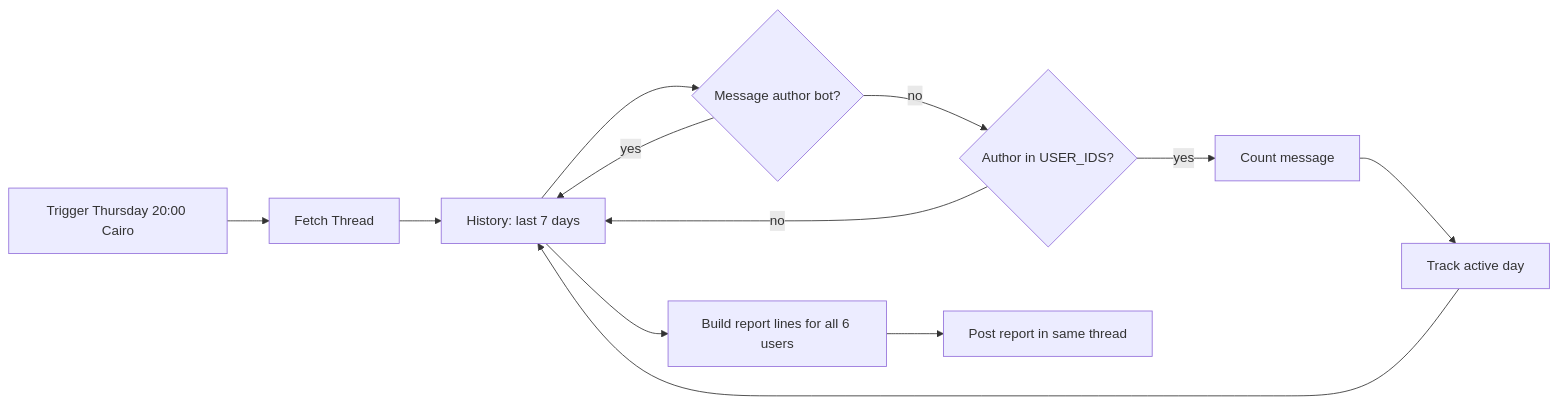
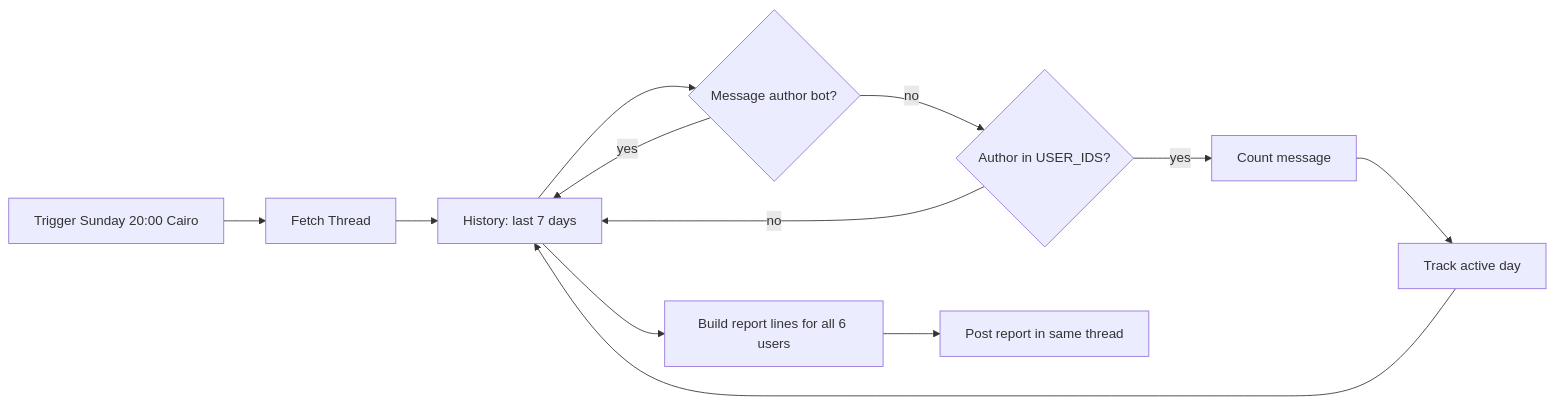
One commit to zeyaad-amr/adt_bot changed the third of 4 diagrams in README.md. Above: the diagram before and after it, drawn with Mermaid. The commit also changed other lines of this file and 1 other file, not shown here.

Commit message:
feat: add Sunday-based weekly + monthly reports with table format and local test script

````diff
--- a/README.md
+++ b/README.md
@@ -70,14 +79,14 @@
 ```mermaid
 flowchart LR
-    A[Trigger Thursday 20:00 Cairo] --> B[Fetch Thread]
+    A[Trigger Sunday 20:00 Cairo] --> B[Fetch Thread]
     B --> C[History: last 7 days]
     C --> D{Message author bot?}
     D -- yes --> C
     D -- no --> E{Author in USER_IDS?}
     E -- no --> C
     E -- yes --> F[Count message]
     F --> G[Track active day]
     G --> C
     C --> H[Build report lines for all 6 users]
     H --> I[Post report in same thread]
 ```
````
